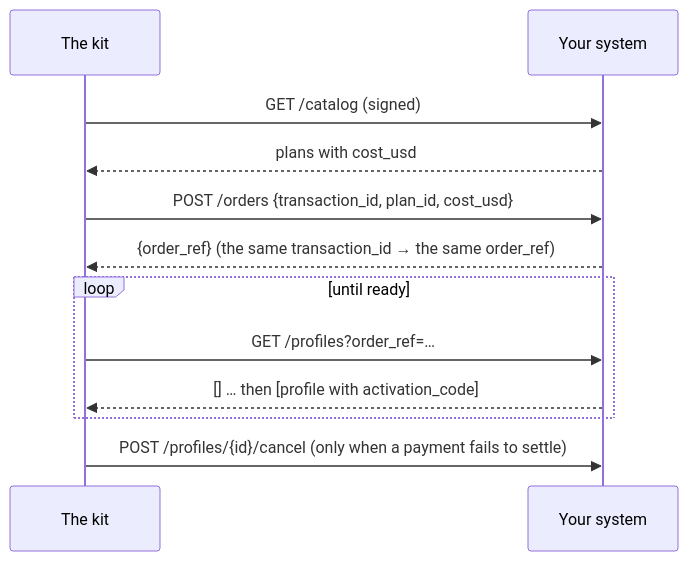
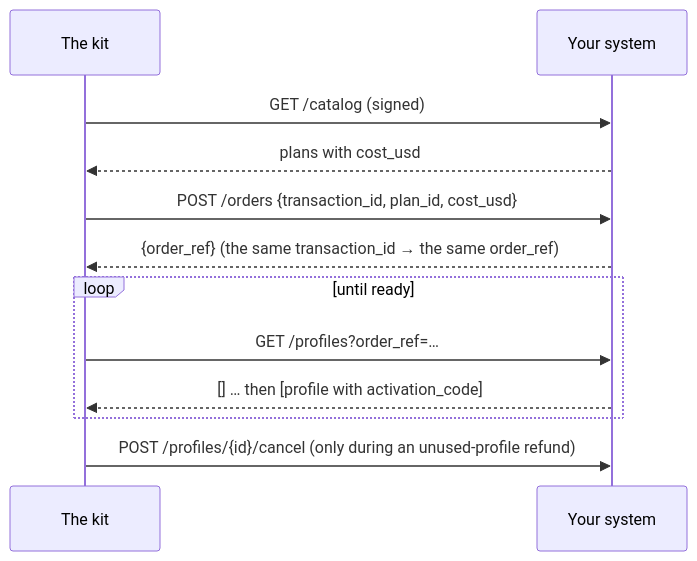
The diagram in docs/en/sdk.md (alexar76/esim-operator-kit), drawn with Mermaid before and after one commit. The commit also changed other lines of this file and 65 other files, not shown here.

````diff
--- a/docs/en/sdk.md
+++ b/docs/en/sdk.md
@@ -100,14 +100,14 @@
 ```mermaid
 sequenceDiagram
   participant K as The kit
   participant Y as Your system
   K->>Y: GET /catalog (signed)
   Y-->>K: plans with cost_usd
   K->>Y: POST /orders {transaction_id, plan_id, cost_usd}
   Y-->>K: {order_ref}   (the same transaction_id → the same order_ref)
   loop until ready
     K->>Y: GET /profiles?order_ref=…
     Y-->>K: [] … then [profile with activation_code]
   end
-  K->>Y: POST /profiles/{id}/cancel   (only when a payment fails to settle)
+  K->>Y: POST /profiles/{id}/cancel   (only during an unused-profile refund)
 ```
````
